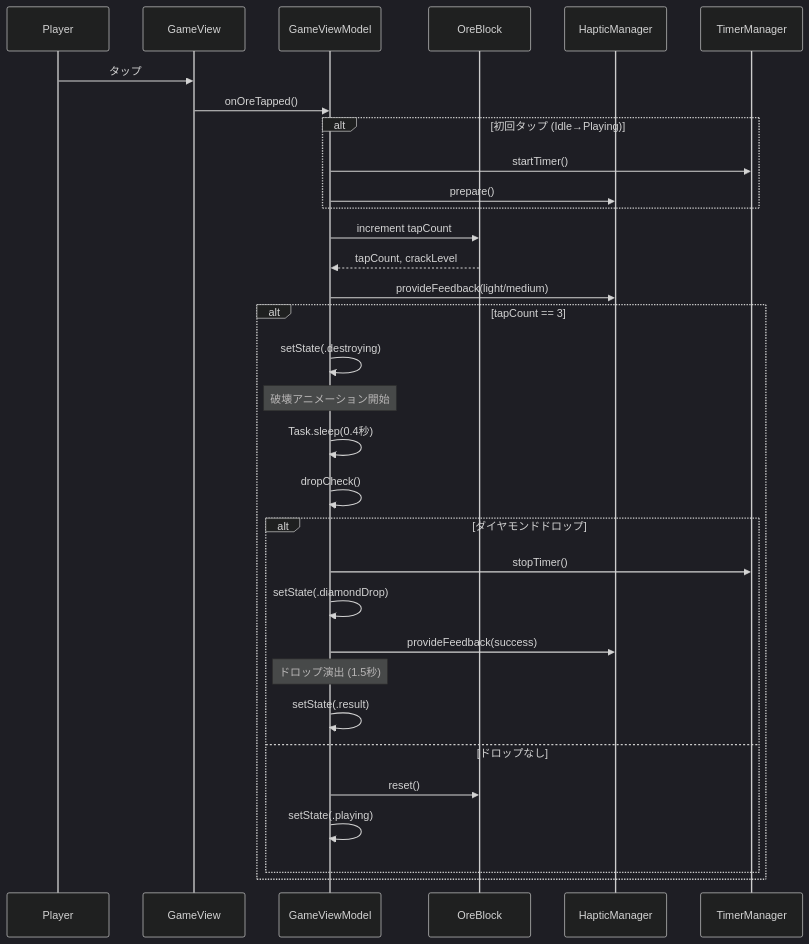
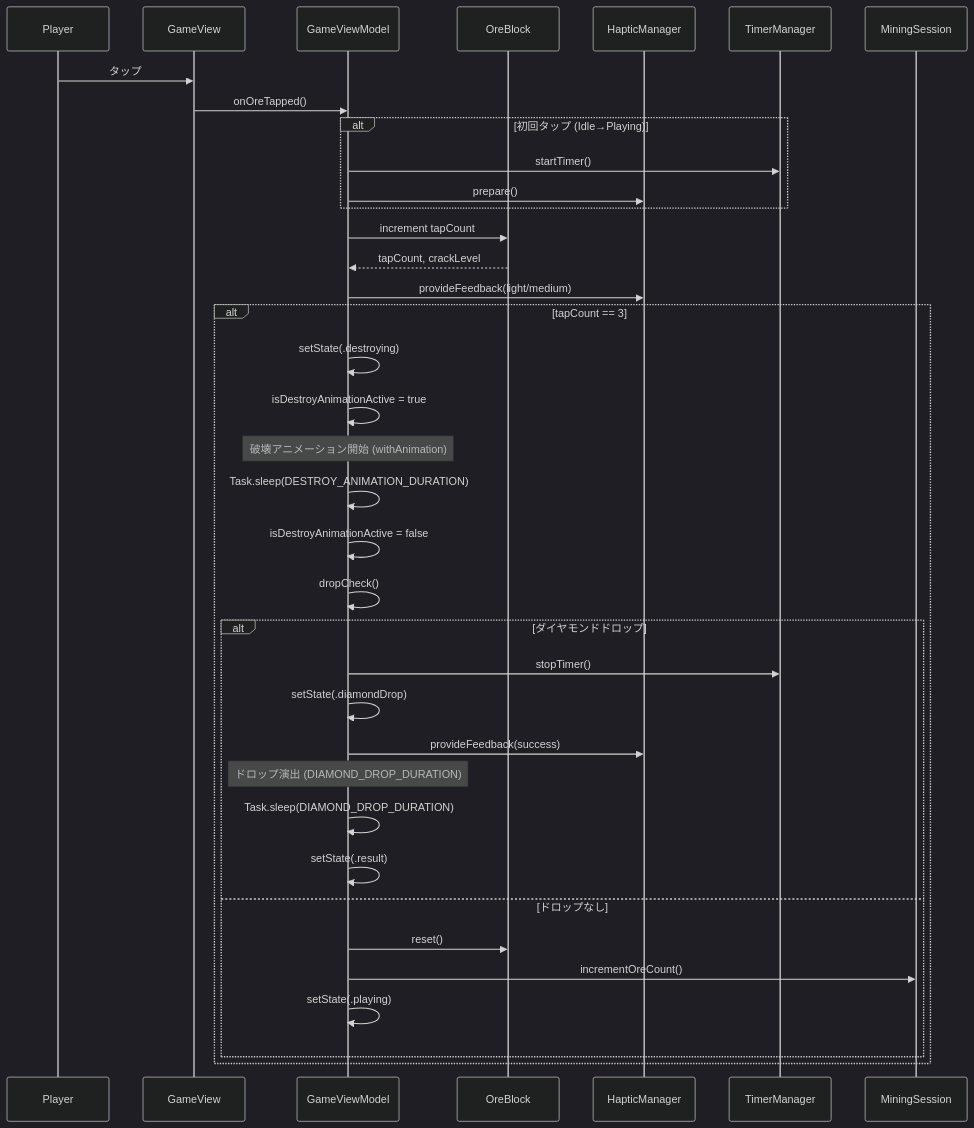
One commit to ShuheiIshihara/OreBreakMiniGame changed the third of 4 diagrams in .kiro/specs/diamond-ore-mining/design.md. Above: the diagram before and after it, drawn with Mermaid (dark theme). The commit also changed other lines of this file, not shown here.

````diff
--- a/.kiro/specs/diamond-ore-mining/design.md
+++ b/.kiro/specs/diamond-ore-mining/design.md
@@ -136,39 +146,43 @@
 ```mermaid
 sequenceDiagram
     participant Player
     participant GameView
     participant ViewModel as GameViewModel
     participant OreBlock
     participant Haptic as HapticManager
     participant Timer as TimerManager
 
     Player->>GameView: タップ
     GameView->>ViewModel: onOreTapped()
 
     alt 初回タップ (Idle→Playing)
         ViewModel->>Timer: startTimer()
         ViewModel->>Haptic: prepare()
     end
 
     ViewModel->>OreBlock: increment tapCount
     OreBlock-->>ViewModel: tapCount, crackLevel
     ViewModel->>Haptic: provideFeedback(light/medium)
 
     alt tapCount == 3
         ViewModel->>ViewModel: setState(.destroying)
-        Note over ViewModel: 破壊アニメーション開始
-        ViewModel->>ViewModel: Task.sleep(0.4秒)
+        ViewModel->>ViewModel: isDestroyAnimationActive = true
+        Note over ViewModel: 破壊アニメーション開始 (withAnimation)
+        ViewModel->>ViewModel: Task.sleep(DESTROY_ANIMATION_DURATION)
+        ViewModel->>ViewModel: isDestroyAnimationActive = false
         ViewModel->>ViewModel: dropCheck()
 
         alt ダイヤモンドドロップ
             ViewModel->>Timer: stopTimer()
             ViewModel->>ViewModel: setState(.diamondDrop)
             ViewModel->>Haptic: provideFeedback(success)
-            Note over ViewModel: ドロップ演出 (1.5秒)
+            Note over ViewModel: ドロップ演出 (DIAMOND_DROP_DURATION)
+            ViewModel->>ViewModel: Task.sleep(DIAMOND_DROP_DURATION)
             ViewModel->>ViewModel: setState(.result)
         else ドロップなし
             ViewModel->>OreBlock: reset()
+            ViewModel->>MiningSession: incrementOreCount()
             ViewModel->>ViewModel: setState(.playing)
         end
     end
 ```
````
